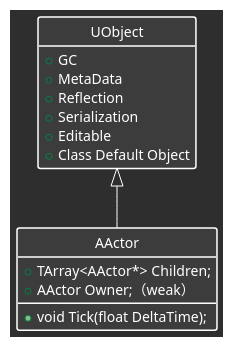
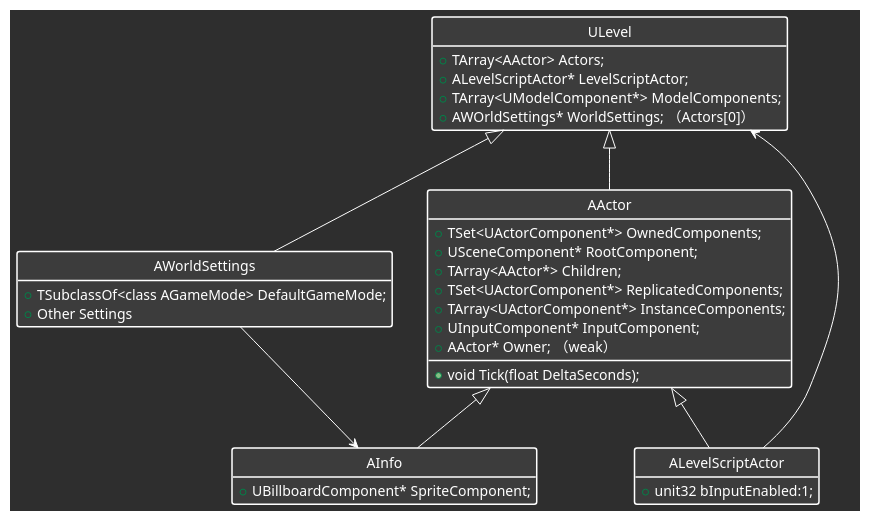
The diagram in temp.puml (Volleier/Obsidian-Vault), drawn with PlantUML before and after one commit. The commit also changed 9 other files, not shown here.

```diff
--- a/temp.puml
+++ b/temp.puml
@@ -1,31 +1,49 @@
 @startuml DiagramName
 skinparam backgroundColor #2E2E2E
 skinparam class {
     BackgroundColor #3C3C3C
     ArrowColor White
     BorderColor White
     FontColor White
     AttributeFontColor White
     StereotypeFontColor White
     BorderThickness 1.5
 }
 hide circle
 hide empty members
 hide empty methods
 
-class UObject {
-    +GC
-    +MetaData
-    +Reflection
-    +Serialization
-    +Editable
-    +Class Default Object
+class ULevel {
+    +TArray<AActor> Actors;
+    +ALevelScriptActor* LevelScriptActor;
+    +TArray<UModelComponent*> ModelComponents;
+    +AWOrldSettings* WorldSettings; （Actors[0]）
 }
 
-class AActor extends UObject {
+class AActor extends ULevel {
+    +TSet<UActorComponent*> OwnedComponents;
+    +USceneComponent* RootComponent;
+    +void Tick(float DeltaSeconds);
     +TArray<AActor*> Children;
-    +void Tick(float DeltaTime);
-    +AActor Owner;（weak）
+    +TSet<UActorComponent*> ReplicatedComponents;
+    +TArray<UActorComponent*> InstanceComponents;
+    +UInputComponent* InputComponent;
+    +AActor* Owner; （weak）
+}
+class AInfo extends AActor {
+    +UBillboardComponent* SpriteComponent;
 }
 
+class ALevelScriptActor extends AActor {
+    +unit32 bInputEnabled:1;
+} 
+
+class AWorldSettings extends ULevel {
+    +TSubclassOf<class AGameMode> DefaultGameMode;
+    +Other Settings
+}
+
+
+AWorldSettings --> AInfo
+ALevelScriptActor --> ULevel
 @enduml
```
